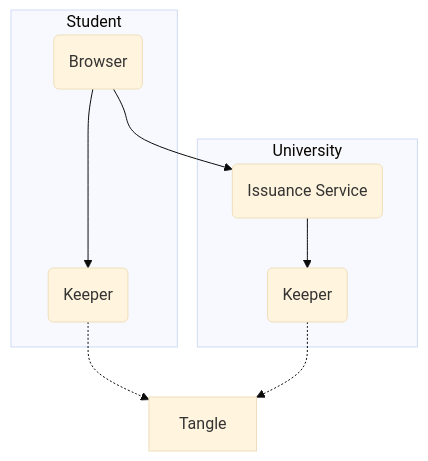
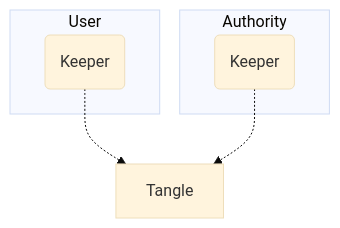
Before and after one commit to kkmarv/IOTA-Digital-Student-ID: the third of 5 diagrams in README.md, drawn with Mermaid (base theme). The commit also changed other lines of this file and 17 other files, not shown here.

````diff
--- a/README.md
+++ b/README.md
@@ -113,21 +130,16 @@
 ```mermaid
 %%---
 %%title: System Architecture
 %%---
 flowchart
-    subgraph University
-        UniversityKeeper(Keeper)
-        IssuanceService(Issuance Service)
+    subgraph User
+        UserKeeper(Keeper)
     end
-    
-    subgraph Student
-        StudentKeeper(Keeper)
-        Browser(Browser)
+
+    subgraph Authority
+        AuthorityKeeper(Keeper)
     end
-    
-    StudentKeeper-.->Tangle
-    UniversityKeeper-.->Tangle
-    Browser-->IssuanceService
-    Browser--->StudentKeeper
-    IssuanceService-->UniversityKeeper
+
+    UserKeeper-.->Tangle
+    AuthorityKeeper-.->Tangle
 ```
````
